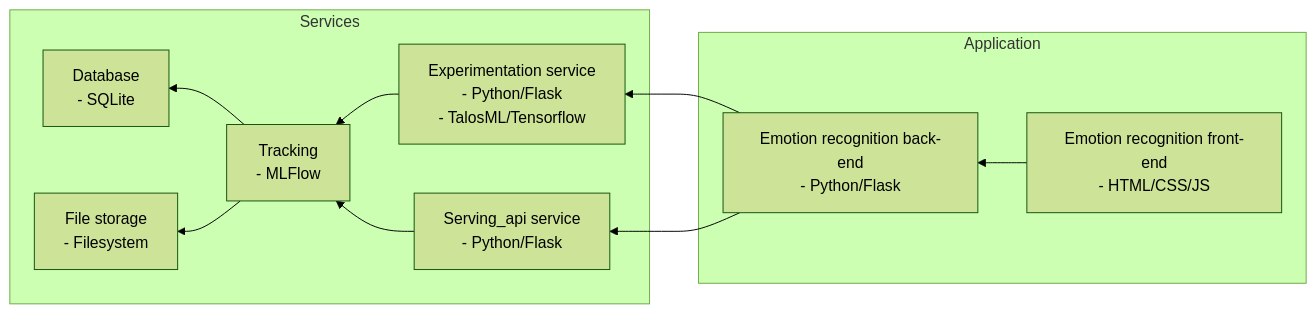
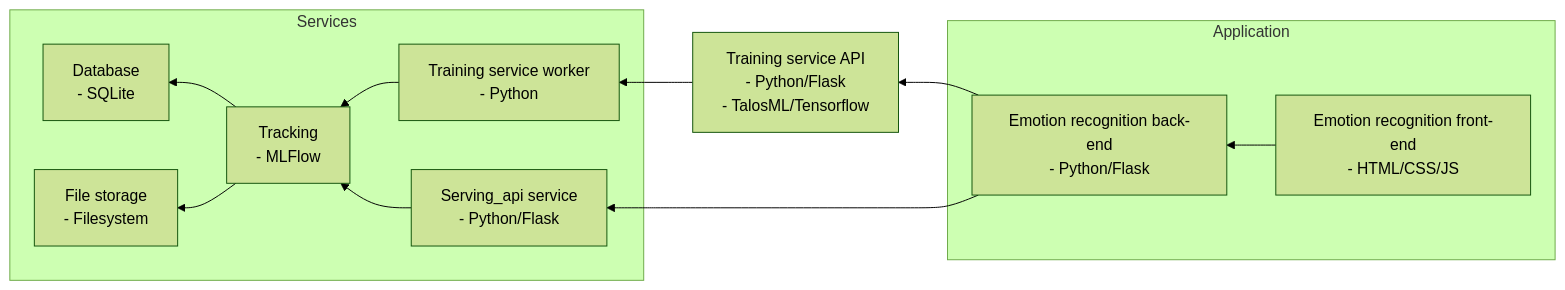
The diagram in README.md (Research-Center-Data-Intelligence/CHIMP), drawn with Mermaid (forest theme) before and after one commit. The commit also changed other lines of this file and 30 other files, not shown here.

````diff
--- a/README.md
+++ b/README.md
@@ -25,15 +25,16 @@
 ```mermaid
 graph RL
 ;
     subgraph Application
         afe[Emotion recognition front-end<br/>- HTML/CSS/JS] --> abe[Emotion recognition back-end<br/>- Python/Flask];
     end
-    abe --> exp[Experimentation service<br/>- Python/Flask<br/>- TalosML/Tensorflow];
+    abe --> tapi[Training service API<br/>- Python/Flask<br/>- TalosML/Tensorflow];
+    tapi --> twork[Training service worker<br/>- Python];
     abe --> srv[Serving_api service<br/>- Python/Flask];
     subgraph Services
-        exp --> mlf[Tracking<br/>- MLFlow];
+        twork --> mlf[Tracking<br/>- MLFlow];
         srv --> mlf;
         mlf --> db[Database<br/>- SQLite];
         mlf --> fs[File storage<br/>- Filesystem];
     end
 ```
````
